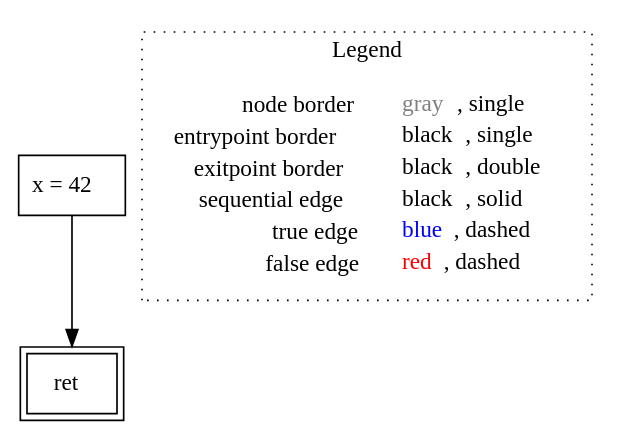
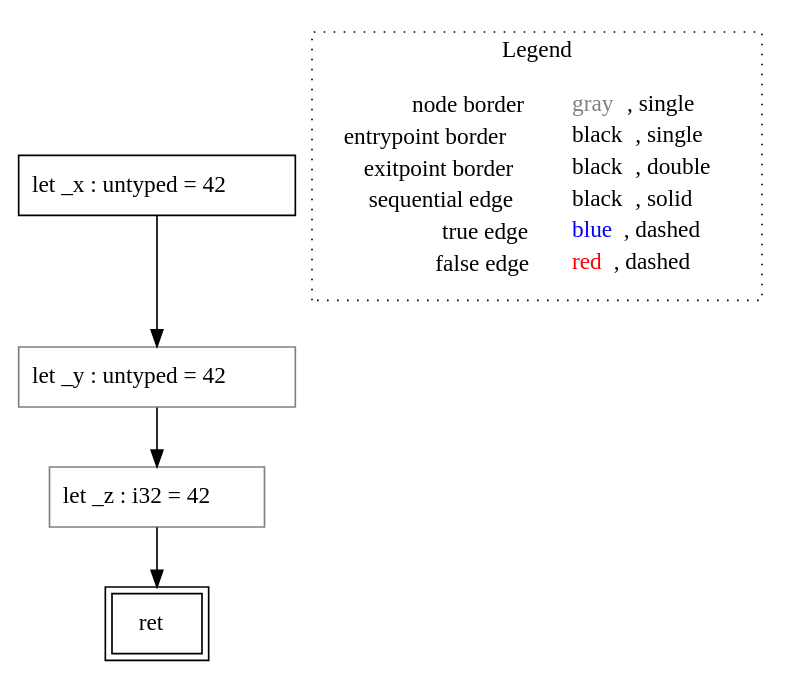
One commit to VincenzoArceri/rust-lisa changed the diagram in rust-lisa/rust-testcases/cfg/variable-declaration/untyped_rust-testcases_cfg_variable-declaration_variable-declaration.rs.main().dot. Above: the diagram before and after it, drawn with Graphviz. The commit also changed 9 other files, not shown here.

```diff
--- a/rust-lisa/rust-testcases/cfg/variable-declaration/untyped_rust-testcases_cfg_variable-declaration_variable-declaration.rs.main().dot
+++ b/rust-lisa/rust-testcases/cfg/variable-declaration/untyped_rust-testcases_cfg_variable-declaration_variable-declaration.rs.main().dot
@@ -1,12 +1,16 @@
 digraph {
-	"node0" [shape="rect",color="black",label=<x = 42>];
+	"node0" [shape="rect",color="black",label=<let _x : untyped = 42>];
 	"node1" [shape="rect",color="black",peripheries="2",label=<ret>];
-	"node0" -> "node1" [color="black"];
+	"node2" [shape="rect",color="gray",label=<let _z : i32 = 42>];
+	"node3" [shape="rect",color="gray",label=<let _y : untyped = 42>];
+	"node2" -> "node1" [color="black"];
+	"node0" -> "node3" [color="black"];
+	"node3" -> "node2" [color="black"];
 subgraph cluster_legend {
 	label="Legend";
 	style=dotted;
 	node [shape=plaintext];
 	"legend" [label=<<table border="0" cellpadding="2" cellspacing="0" cellborder="0"><tr><td align="right">node border&nbsp;</td><td align="left"><font color="gray">gray</font>, single</td></tr><tr><td align="right">entrypoint border&nbsp;</td><td align="left"><font color="black">black</font>, single</td></tr><tr><td align="right">exitpoint border&nbsp;</td><td align="left"><font color="black">black</font>, double</td></tr><tr><td align="right">sequential edge&nbsp;</td><td align="left"><font color="black">black</font>, solid</td></tr><tr><td align="right">true edge&nbsp;</td><td align="left"><font color="blue">blue</font>, dashed</td></tr><tr><td align="right">false edge&nbsp;</td><td align="left"><font color="red">red</font>, dashed</td></tr></table>>];
 }
 
 }
```
